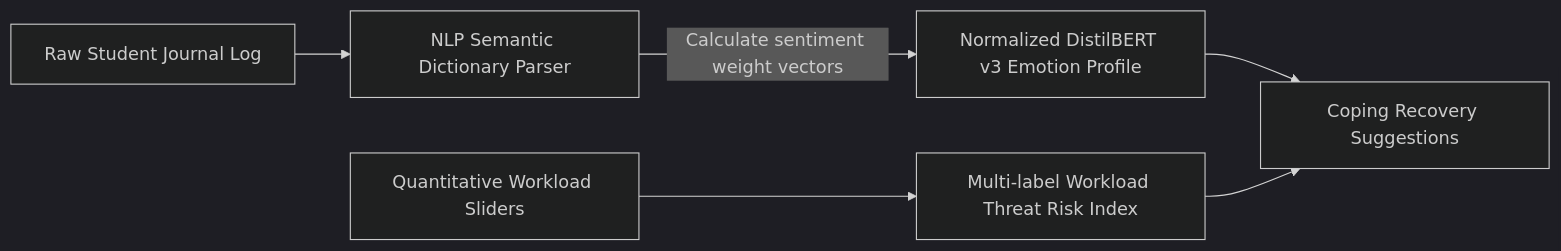
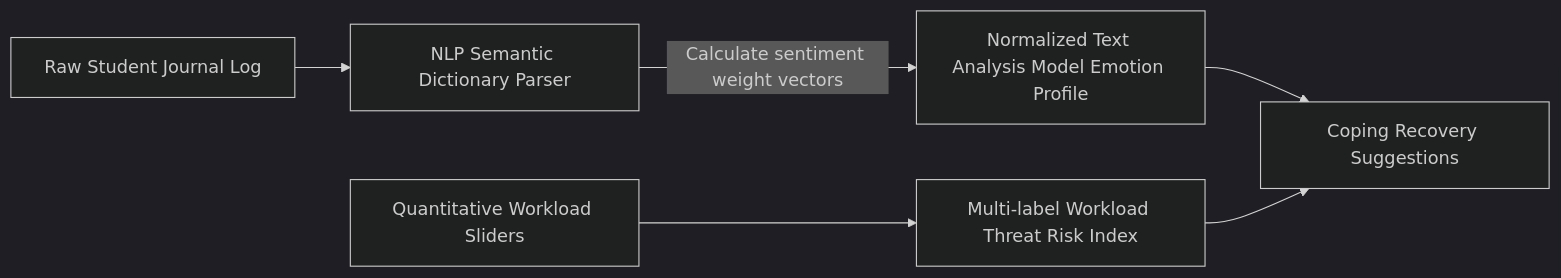
Before and after one commit to anandsinghrathore324-cmyk/Anandsinghrathore-Mental-Health-Monitoring: the diagram in INTEGRATIONS_README.md, drawn with Mermaid (dark theme). The commit also changed other lines of this file and 45 other files, not shown here.

````diff
--- a/INTEGRATIONS_README.md
+++ b/INTEGRATIONS_README.md
@@ -46,8 +46,8 @@
 ```mermaid
 graph LR
     A[Raw Student Journal Log] --> B[NLP Semantic Dictionary Parser]
-    B -->|Calculate sentiment weight vectors| C[Normalized DistilBERT v3 Emotion Profile]
+    B -->|Calculate sentiment weight vectors| C[Normalized Text Analysis Model Emotion Profile]
     D[Quantitative Workload Sliders] --> E[Multi-label Workload Threat Risk Index]
     C --> F[Coping Recovery Suggestions]
     E --> F
 ```
````
